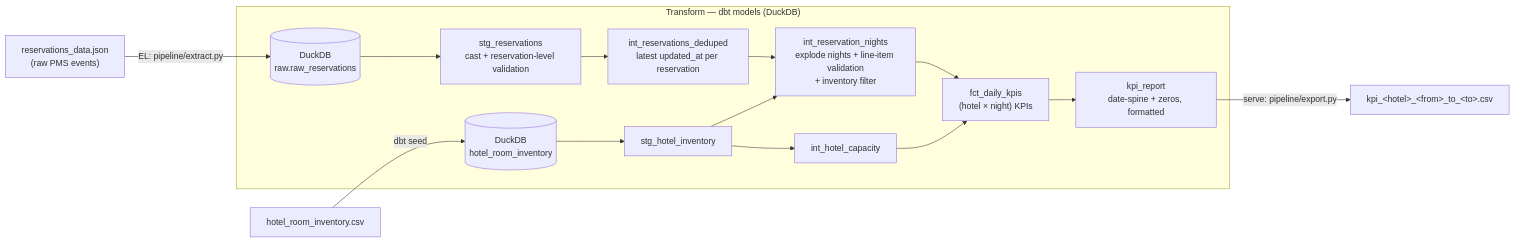
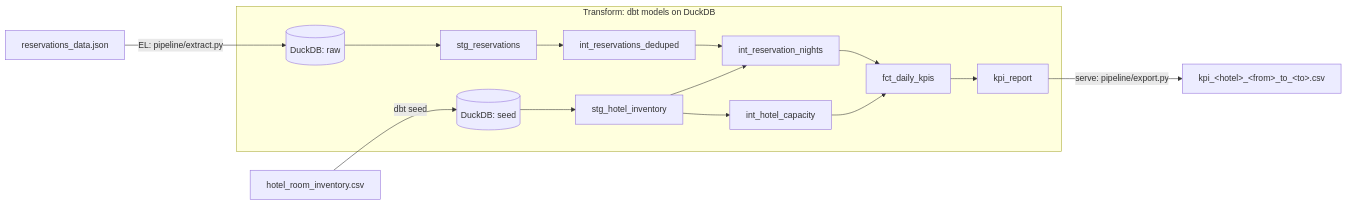
The diagram in README.md (prasadus92/hotel-kpi-elt-pipeline), drawn with Mermaid before and after one commit. The commit also changed other lines of this file and 2 other files, not shown here.

Commit message:
docs: add architecture and methodology guides and refresh the README

````diff
--- a/README.md
+++ b/README.md
@@ -79,19 +93,19 @@
 ```mermaid
 flowchart LR
-    A["reservations_data.json<br/>(raw PMS events)"] -->|"EL: pipeline/extract.py"| B[("DuckDB<br/>raw.raw_reservations")]
-    S["hotel_room_inventory.csv"] -->|"dbt seed"| C[("DuckDB<br/>hotel_room_inventory")]
+    A["reservations_data.json"] -->|"EL: pipeline/extract.py"| B[("DuckDB: raw")]
+    S["hotel_room_inventory.csv"] -->|"dbt seed"| C[("DuckDB: seed")]
 
-    subgraph dbt["Transform — dbt models (DuckDB)"]
-        B --> ST1["stg_reservations<br/>cast + reservation-level validation"]
+    subgraph dbt["Transform: dbt models on DuckDB"]
+        B --> ST1["stg_reservations"]
         C --> ST2["stg_hotel_inventory"]
-        ST1 --> IN1["int_reservations_deduped<br/>latest updated_at per reservation"]
-        IN1 --> IN2["int_reservation_nights<br/>explode nights + line-item validation<br/>+ inventory filter"]
+        ST1 --> IN1["int_reservations_deduped"]
+        IN1 --> IN2["int_reservation_nights"]
         ST2 --> IN2
         ST2 --> IN3["int_hotel_capacity"]
-        IN2 --> M1["fct_daily_kpis<br/>(hotel × night) KPIs"]
+        IN2 --> M1["fct_daily_kpis"]
         IN3 --> M1
-        M1 --> M2["kpi_report<br/>date-spine + zeros, formatted"]
+        M1 --> M2["kpi_report"]
     end
 
     M2 -->|"serve: pipeline/export.py"| OUT["kpi_&lt;hotel&gt;_&lt;from&gt;_to_&lt;to&gt;.csv"]
 ```
````
